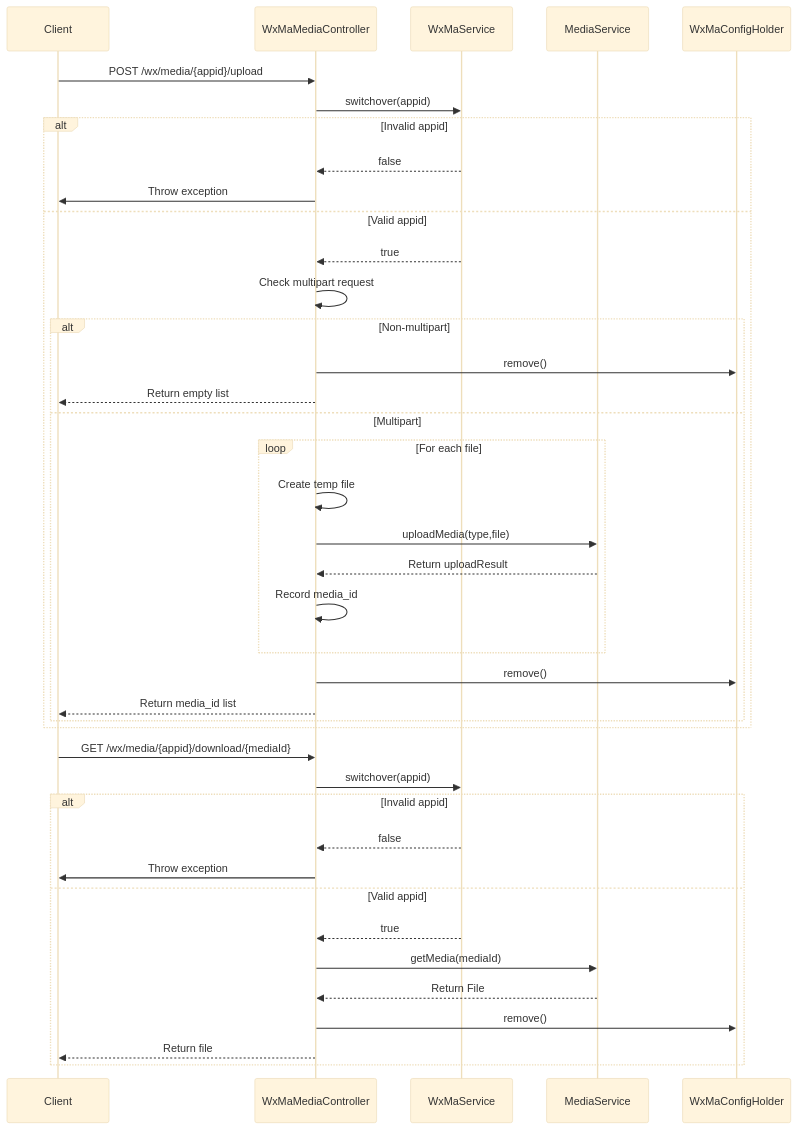
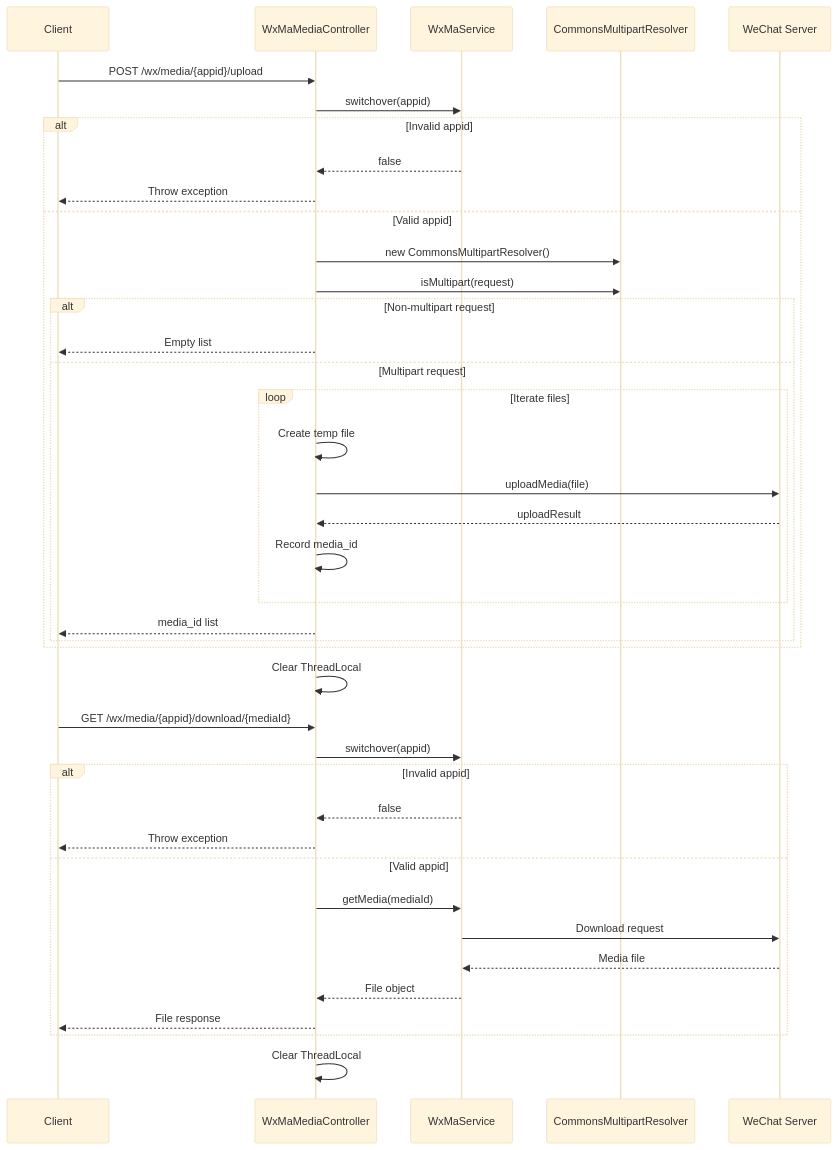
The third of 3 diagrams in docs/en/docs/src/main/java/com/github/binarywang/demo/wx/miniapp/controller/WxMaMediaController.md (v-wjrong/rongwj666_weixin-java-miniapp-demo), drawn with Mermaid (base theme) before and after one commit. The commit also changed other lines of this file and 47 other files, not shown here.

````diff
--- a/docs/en/docs/src/main/java/com/github/binarywang/demo/wx/miniapp/controller/WxMaMediaController.md
+++ b/docs/en/docs/src/main/java/com/github/binarywang/demo/wx/miniapp/controller/WxMaMediaController.md
@@ -112,44 +124,44 @@
 ```mermaid
 sequenceDiagram
     participant Client
     participant Controller as WxMaMediaController
     participant Service as WxMaService
-    participant MediaService
-    participant ConfigHolder as WxMaConfigHolder
+    participant Resolver as CommonsMultipartResolver
+    participant WxServer as WeChat Server
 
     Client->>Controller: POST /wx/media/{appid}/upload
     Controller->>Service: switchover(appid)
     alt Invalid appid
         Service-->>Controller: false
-        Controller->>Client: Throw exception
+        Controller-->>Client: Throw exception
     else Valid appid
-        Service-->>Controller: true
-        Controller->>Controller: Check multipart request
-        alt Non-multipart
-            Controller->>ConfigHolder: remove()
-            Controller-->>Client: Return empty list
-        else Multipart
-            loop For each file
+        Controller->>Resolver: new CommonsMultipartResolver()
+        Controller->>Resolver: isMultipart(request)
+        alt Non-multipart request
+            Controller-->>Client: Empty list
+        else Multipart request
+            loop Iterate files
                 Controller->>Controller: Create temp file
-                Controller->>MediaService: uploadMedia(type,file)
-                MediaService-->>Controller: Return uploadResult
+                Controller->>WxServer: uploadMedia(file)
+                WxServer-->>Controller: uploadResult
                 Controller->>Controller: Record media_id
             end
-            Controller->>ConfigHolder: remove()
-            Controller-->>Client: Return media_id list
+            Controller-->>Client: media_id list
         end
     end
+    Controller->>Controller: Clear ThreadLocal
 
     Client->>Controller: GET /wx/media/{appid}/download/{mediaId}
     Controller->>Service: switchover(appid)
     alt Invalid appid
         Service-->>Controller: false
-        Controller->>Client: Throw exception
+        Controller-->>Client: Throw exception
     else Valid appid
-        Service-->>Controller: true
-        Controller->>MediaService: getMedia(mediaId)
-        MediaService-->>Controller: Return File
-        Controller->>ConfigHolder: remove()
-        Controller-->>Client: Return file
+        Controller->>Service: getMedia(mediaId)
+        Service->>WxServer: Download request
+        WxServer-->>Service: Media file
+        Service-->>Controller: File object
+        Controller-->>Client: File response
     end
+    Controller->>Controller: Clear ThreadLocal
 ```
````
